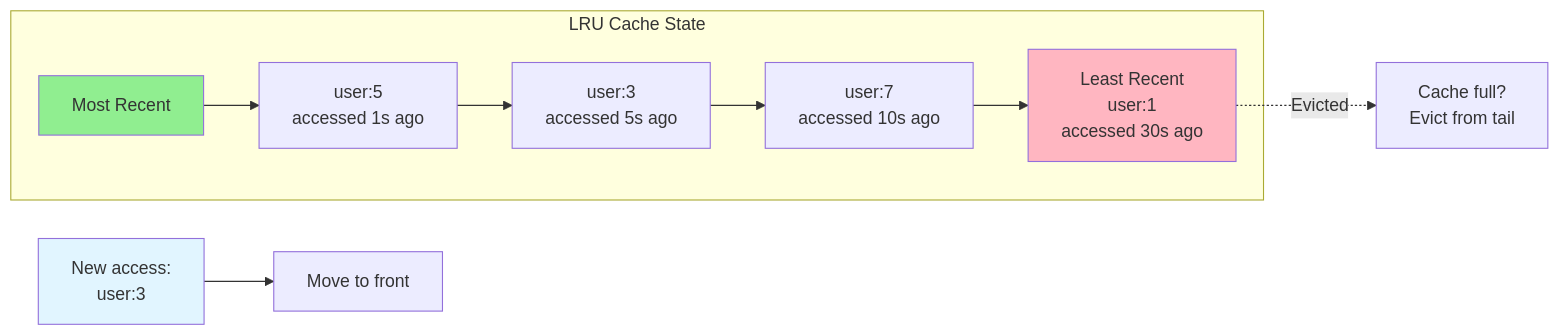
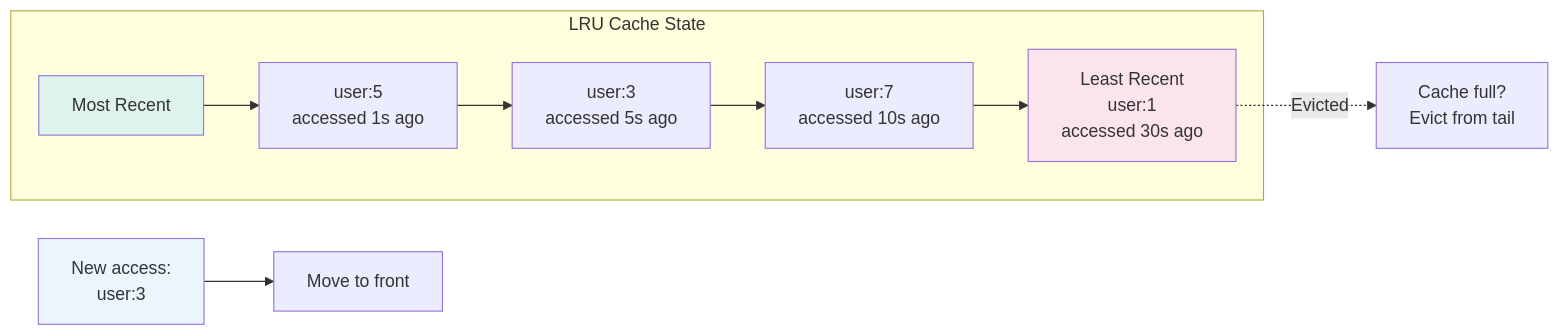
Before and after one commit to cartmancodes/InterviewVault: diagram 23 of 47 in LLD/CoreConcepts/Caching.md, drawn with Mermaid. The commit also changed other lines of this file and 679 other files, not shown here.

Commit message:
Unify content diagrams and add accessible visual walkthroughs

````diff
--- a/LLD/CoreConcepts/Caching.md
+++ b/LLD/CoreConcepts/Caching.md
@@ -710,22 +710,22 @@
 ```mermaid
 graph LR
     subgraph "LRU Cache State"
         HEAD[Most Recent]
         N1[user:5<br/>accessed 1s ago]
         N2[user:3<br/>accessed 5s ago]
         N3[user:7<br/>accessed 10s ago]
         TAIL[Least Recent<br/>user:1<br/>accessed 30s ago]
         
         HEAD --> N1 --> N2 --> N3 --> TAIL
     end
     
     NEW[New access:<br/>user:3]
     NEW --> MOVE[Move to front]
     
     EVICT[Cache full?<br/>Evict from tail]
     TAIL -.->|Evicted| EVICT
     
-    style HEAD fill:#90EE90
-    style TAIL fill:#FFB6C1
-    style NEW fill:#e1f5ff
+    style HEAD fill:#DDF3EC
+    style TAIL fill:#FCE5EA
+    style NEW fill:#EAF5FD
 ```
````
